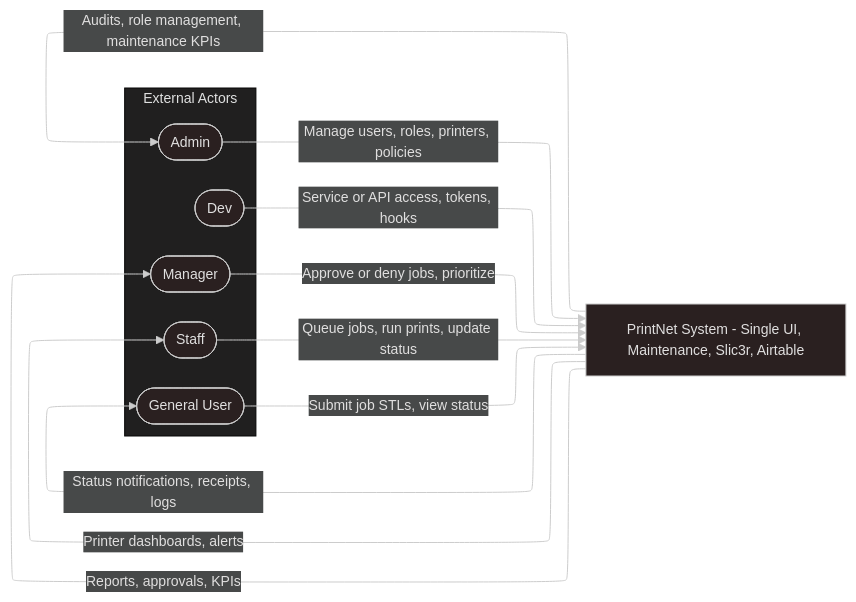
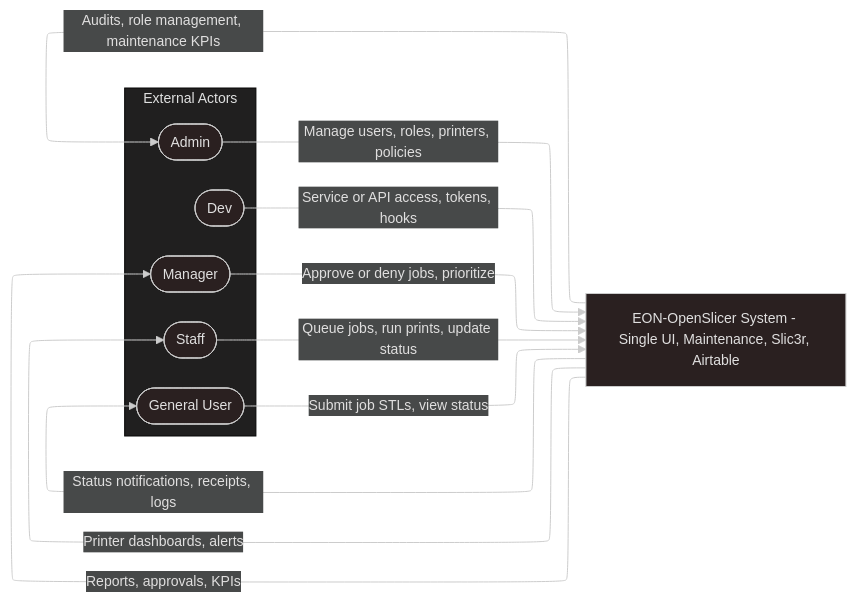
The diagram in Classwork/assignment4/Design_diagrams/D0.mmd (Electrovian/Project-PrintNet), drawn with Mermaid before and after one commit. The commit also changed 33 other files, not shown here.

```diff
--- a/Classwork/assignment4/Design_diagrams/D0.mmd
+++ b/Classwork/assignment4/Design_diagrams/D0.mmd
@@ -1,32 +1,32 @@
 ---
 config:
   layout: elk
   theme: neo-dark
 ---
 flowchart LR
   %% Shapes:
   %% - ([text]) rounded actor
   %% - [[text]] system
   %% - [text] rectangle
   %% Arrows show data/control flow.
 
   subgraph Actors [External Actors]
     U([General User])
     S([Staff])
     M([Manager])
     A([Admin])
     D([Dev])
   end
 
-  P["PrintNet System - Single UI, Maintenance, Slic3r, Airtable"]
+  P["EON-OpenSlicer System - Single UI, Maintenance, Slic3r, Airtable"]
 
   U -->|Submit job STLs, view status| P
   S -->|Queue jobs, run prints, update status| P
   M -->|Approve or deny jobs, prioritize| P
   A -->|Manage users, roles, printers, policies| P
   D -->|Service or API access, tokens, hooks| P
 
   P -->|Status notifications, receipts, logs| U
   P -->|Printer dashboards, alerts| S
   P -->|Reports, approvals, KPIs| M
   P -->|Audits, role management, maintenance KPIs| A
```
